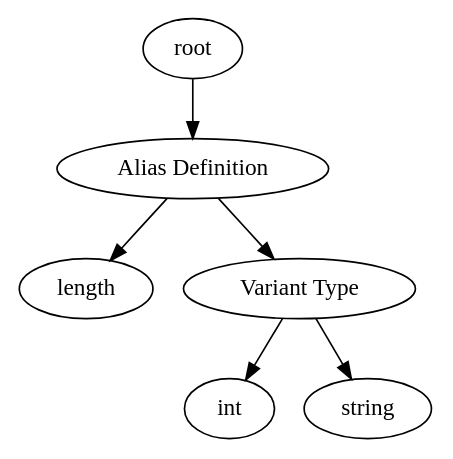
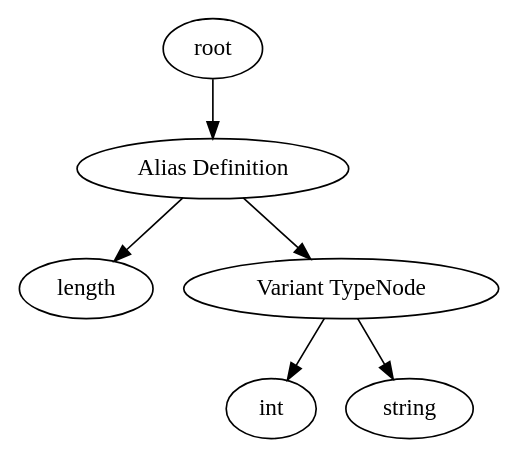
Before and after one commit to pranav-ap/wasp-lang: the diagram in examples/module.dot, drawn with Graphviz. The commit also changed 53 other files, not shown here.

```diff
--- a/examples/module.dot
+++ b/examples/module.dot
@@ -1,13 +1,13 @@
 digraph G { 
  "0"   [label="root"]; 
  "1"   [label="Alias Definition"]; 
  "0" -> "1"; 
  "2"   [label="length"]; 
  "1" -> "2"; 
- "3"   [label="Variant Type"]; 
+ "3"   [label="Variant TypeNode"]; 
  "1" -> "3"; 
  "4"   [label="int"]; 
  "3" -> "4"; 
  "5"   [label="string"]; 
  "3" -> "5"; 
  }
```
